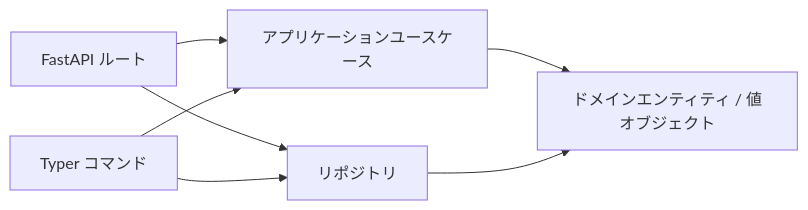
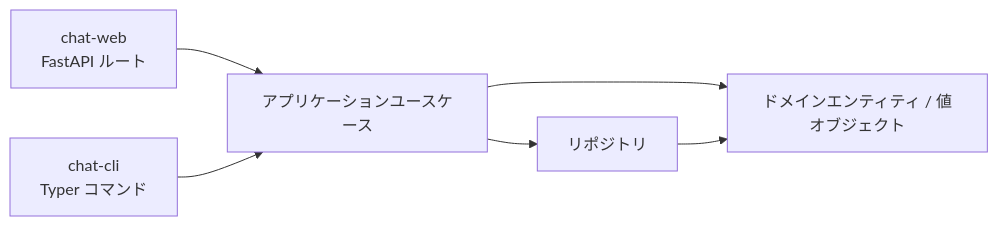
The first of 2 diagrams in docs/chat/index.ja.md (ks6088ts-labs/concierge), drawn with Mermaid before and after one commit. The commit also changed other lines of this file and 21 other files, not shown here.

````diff
--- a/docs/chat/index.ja.md
+++ b/docs/chat/index.ja.md
@@ -12,9 +17,8 @@
 ```mermaid
 flowchart LR
-    Web[FastAPI ルート] --> App[アプリケーションユースケース]
-    CLI[Typer コマンド] --> App
+    Web[chat-web<br/>FastAPI ルート] --> App[アプリケーションユースケース]
+    CLI[chat-cli<br/>Typer コマンド] --> App
     App --> Domain[ドメインエンティティ / 値オブジェクト]
-    Web --> Repo[リポジトリ]
-    CLI --> Repo
+    App --> Repo[リポジトリ]
     Repo --> Domain
 ```
````
